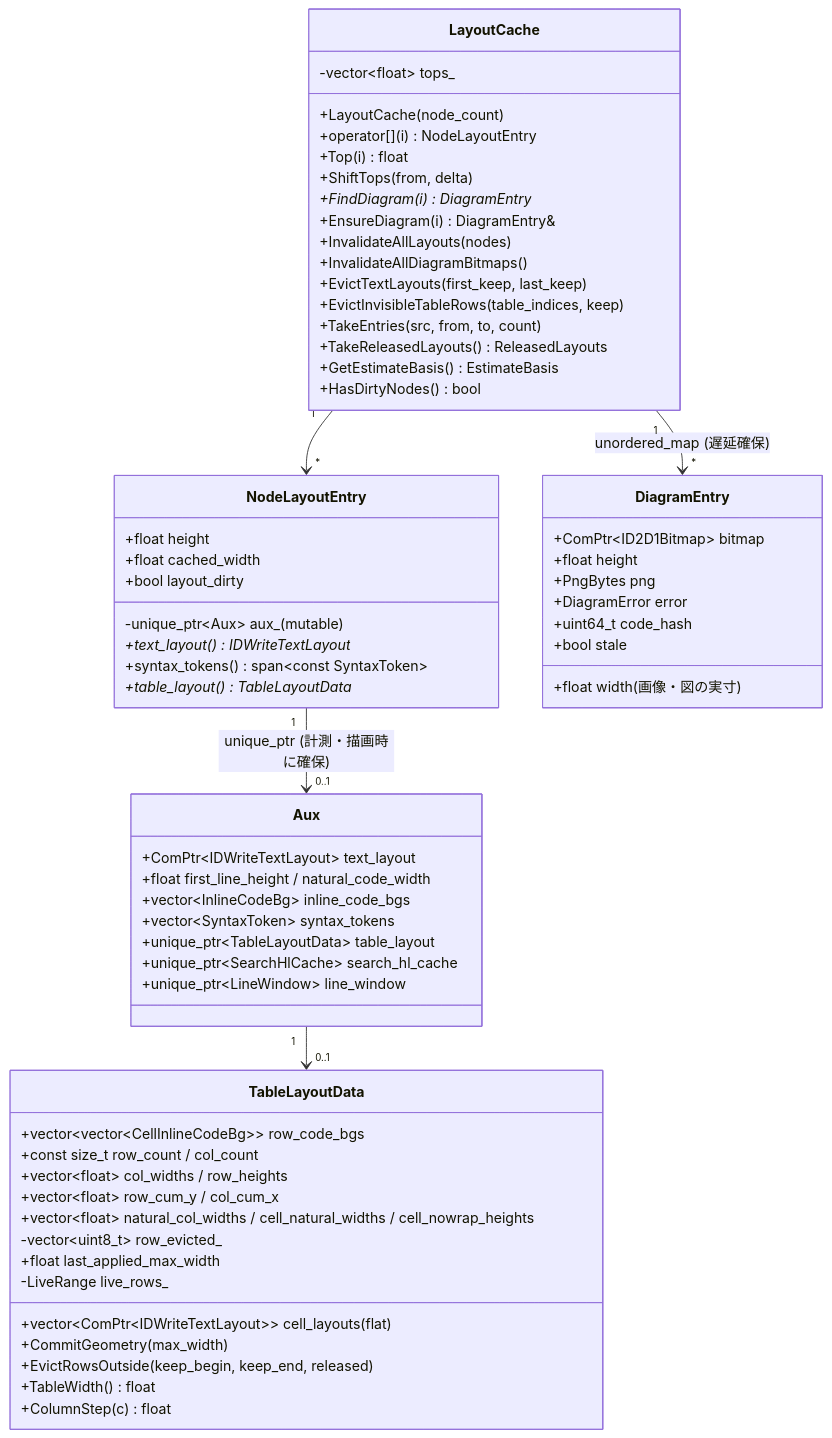
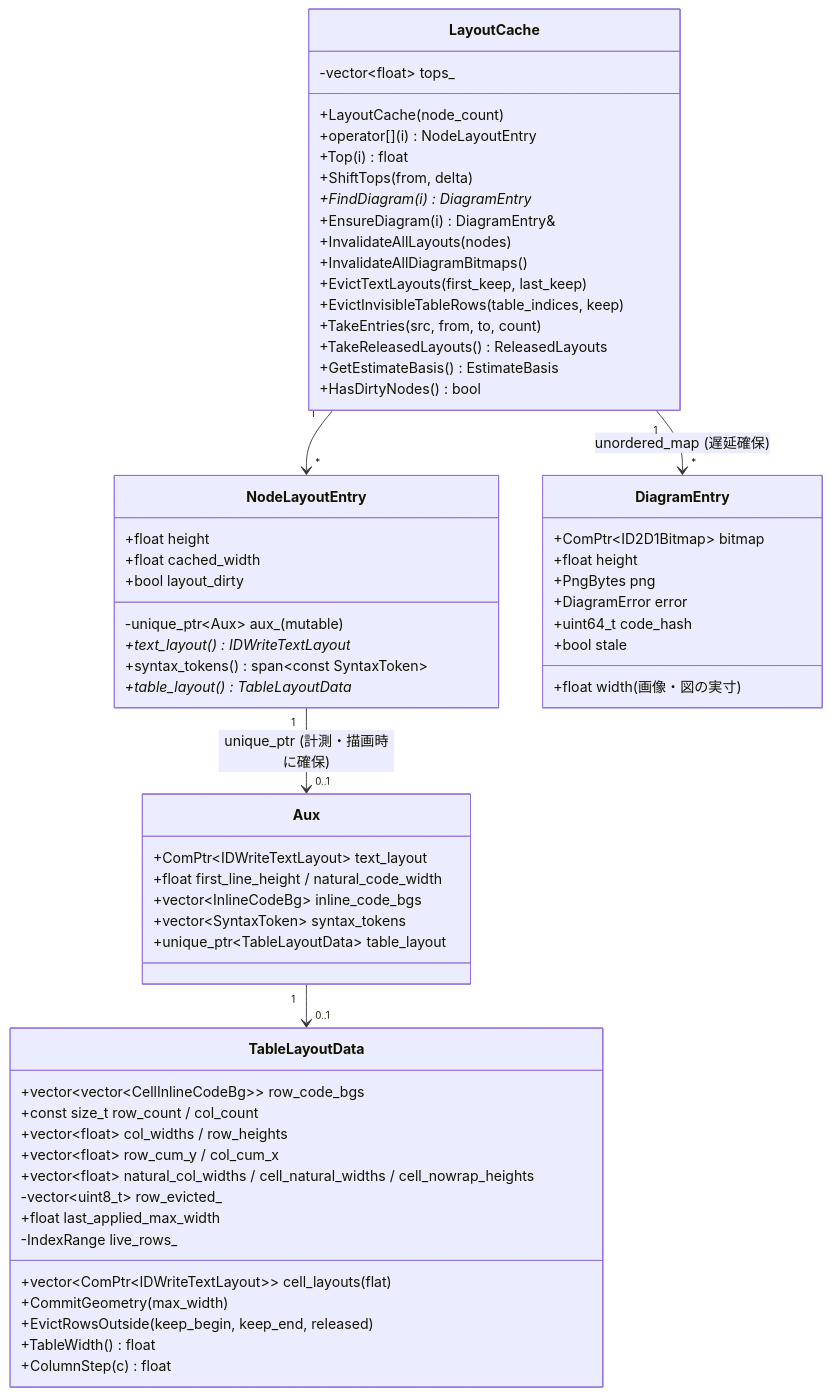
Before and after one commit to tanaton/mendo: diagram 16 of 27 in example/test.md, drawn with Mermaid. The commit also changed other lines of this file and 162 other files, not shown here.

````diff
--- a/example/test.md
+++ b/example/test.md
@@ -2883,71 +2877,69 @@
 ```mermaid
 classDiagram
     class LayoutCache {
         +LayoutCache(node_count)
         +operator[](i) NodeLayoutEntry
         +Top(i) float
         +ShiftTops(from, delta)
         +FindDiagram(i) DiagramEntry*
         +EnsureDiagram(i) DiagramEntry&
         +InvalidateAllLayouts(nodes)
         +InvalidateAllDiagramBitmaps()
         +EvictTextLayouts(first_keep, last_keep)
         +EvictInvisibleTableRows(table_indices, keep)
         +TakeEntries(src, from, to, count)
         +TakeReleasedLayouts() ReleasedLayouts
         +GetEstimateBasis() EstimateBasis
         +HasDirtyNodes() bool
         -vector~float~ tops_
     }
 
     class NodeLayoutEntry {
         +float height
         +float cached_width
         +bool layout_dirty
         -unique_ptr~Aux~ aux_ (mutable)
         +text_layout() IDWriteTextLayout*
         +syntax_tokens() span~const SyntaxToken~
         +table_layout() TableLayoutData*
     }
 
     class Aux {
         +ComPtr~IDWriteTextLayout~ text_layout
         +float first_line_height / natural_code_width
         +vector~InlineCodeBg~ inline_code_bgs
         +vector~SyntaxToken~ syntax_tokens
         +unique_ptr~TableLayoutData~ table_layout
-        +unique_ptr~SearchHlCache~ search_hl_cache
-        +unique_ptr~LineWindow~ line_window
     }
 
     class TableLayoutData {
         +vector~ComPtr~IDWriteTextLayout~~ cell_layouts (flat)
         +vector~vector~CellInlineCodeBg~~ row_code_bgs
         +const size_t row_count / col_count
         +vector~float~ col_widths / row_heights
         +vector~float~ row_cum_y / col_cum_x
         +vector~float~ natural_col_widths / cell_natural_widths / cell_nowrap_heights
         -vector~uint8_t~ row_evicted_
         +float last_applied_max_width
-        -LiveRange live_rows_
+        -IndexRange live_rows_
         +CommitGeometry(max_width)
         +EvictRowsOutside(keep_begin, keep_end, released)
         +TableWidth() float
         +ColumnStep(c) float
     }
 
     class DiagramEntry {
         +ComPtr~ID2D1Bitmap~ bitmap
         +float width (画像・図の実寸)
         +float height
         +PngBytes png
         +DiagramError error
         +uint64_t code_hash
         +bool stale
     }
 
     LayoutCache "1" --> "*" NodeLayoutEntry
     LayoutCache "1" --> "*" DiagramEntry : unordered_map (遅延確保)
     NodeLayoutEntry "1" --> "0..1" Aux : unique_ptr (計測・描画時に確保)
     Aux "1" --> "0..1" TableLayoutData
 ```
````
